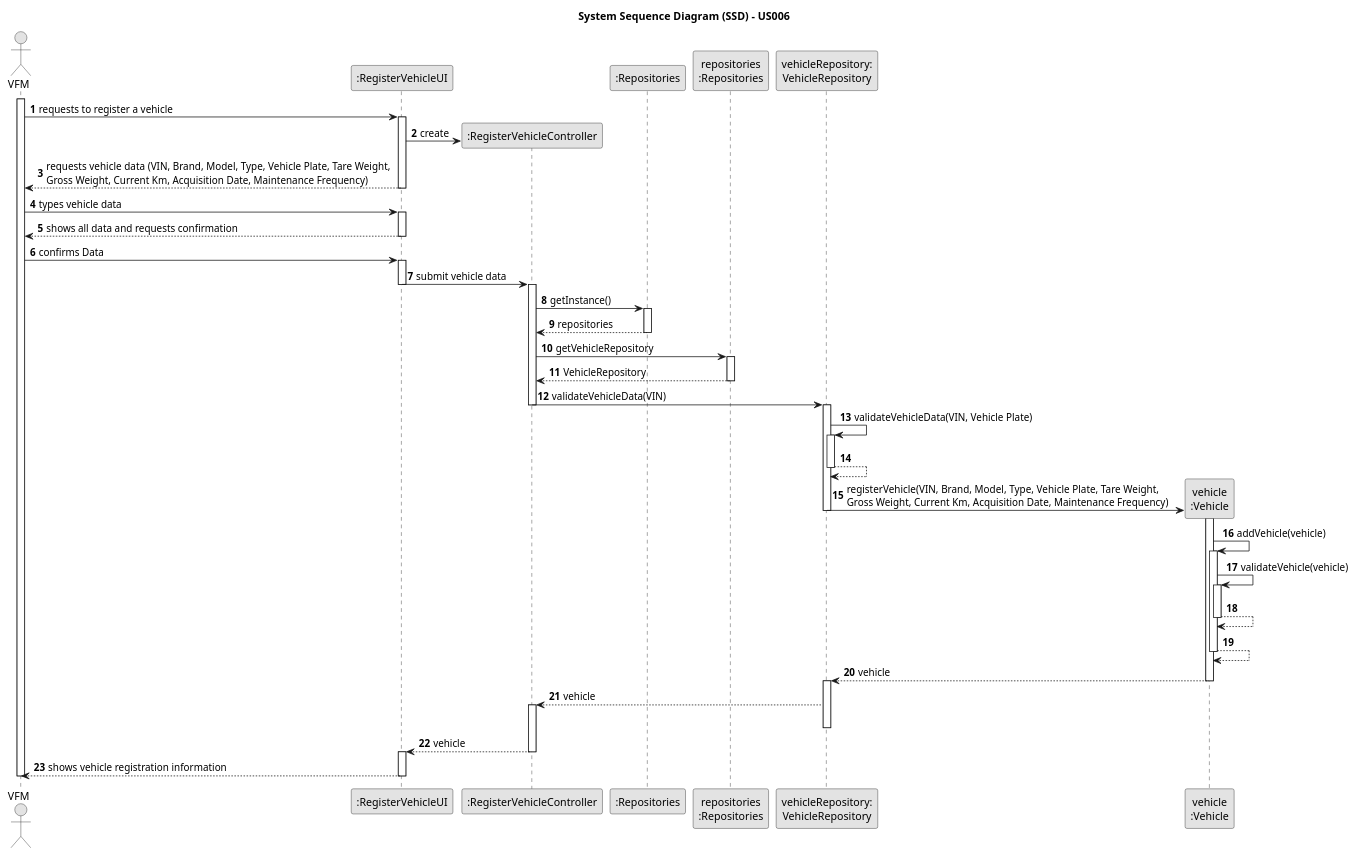
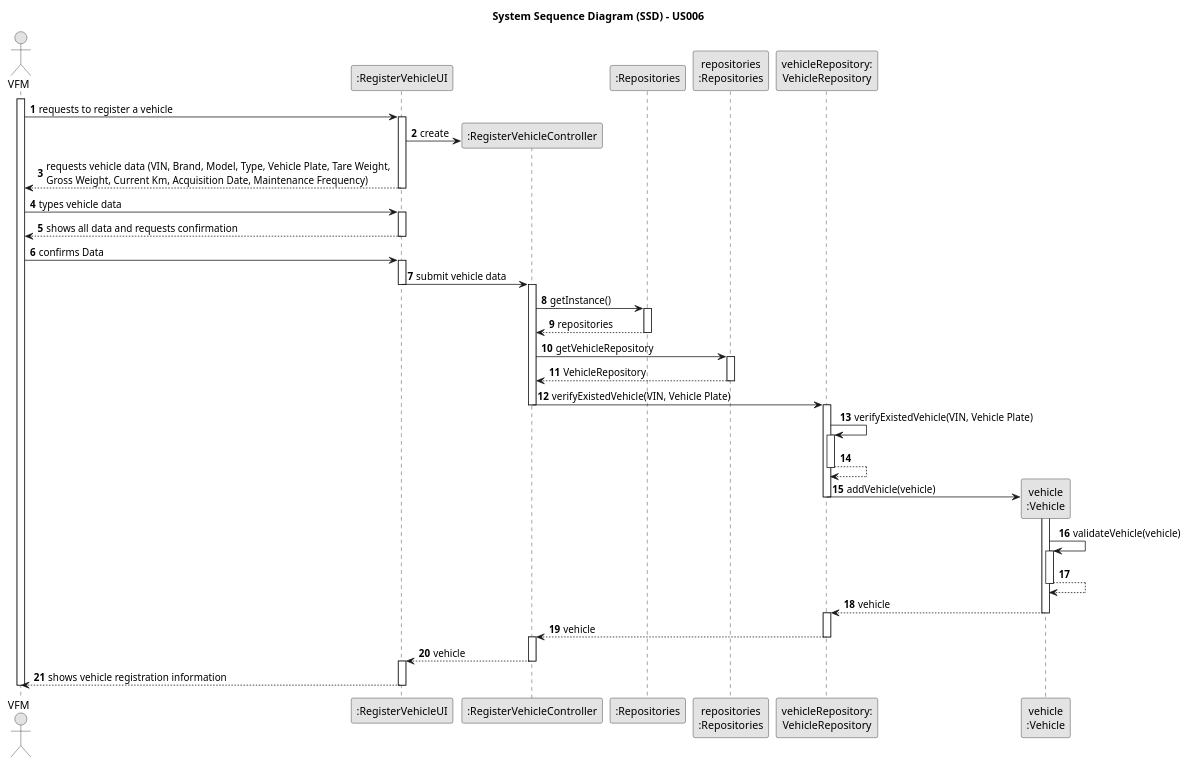
Before and after one commit to ricardomm7/leaflink: the diagram in docs/sprintB/us006/03.design/puml/us006-sequence-diagram-full.puml, drawn with PlantUML. The commit also changed 11 other files, not shown here.

Commit message:
LFC2-148<Update US006 Readme.md and Class Diagram> LFC2-88<Update SSD>

```diff
--- a/docs/sprintB/us006/03.design/puml/us006-sequence-diagram-full.puml
+++ b/docs/sprintB/us006/03.design/puml/us006-sequence-diagram-full.puml
@@ -1,99 +1,93 @@
 @startuml
 skinparam monochrome true
 skinparam packageStyle rectangle
 skinparam shadowing false
 
 title System Sequence Diagram (SSD) - US006
 
 autonumber
 
 actor "VFM" as VFM
 participant ":RegisterVehicleUI" as UI
 participant ":RegisterVehicleController" as CTRL
 participant ":Repositories" as RepositorySingleton
 participant "repositories\n:Repositories" as PLAT
 participant "vehicleRepository:\nVehicleRepository" as VehicleRepository
 participant "vehicle\n:Vehicle" as VEI
 
 activate VFM
 
     VFM -> UI : requests to register a vehicle
     activate UI
 
         UI -> CTRL** : create
 
         UI --> VFM : requests vehicle data (VIN, Brand, Model, Type, Vehicle Plate, Tare Weight, \nGross Weight, Current Km, Acquisition Date, Maintenance Frequency)
         deactivate UI
 
     VFM -> UI : types vehicle data
     activate UI
 
     UI --> VFM : shows all data and requests confirmation
     deactivate UI
 
     VFM -> UI: confirms Data
     activate UI
 
         UI -> CTRL : submit vehicle data
         deactivate UI
         activate CTRL
 
             CTRL -> RepositorySingleton: getInstance()
             activate RepositorySingleton
 
             RepositorySingleton --> CTRL: repositories
             deactivate RepositorySingleton
 
             CTRL -> PLAT: getVehicleRepository
             activate PLAT
 
             PLAT --> CTRL: VehicleRepository
             deactivate PLAT
 
-        CTRL -> VehicleRepository : validateVehicleData(VIN)
+        CTRL -> VehicleRepository : verifyExistedVehicle(VIN, Vehicle Plate)
         deactivate CTRL
 
             activate VehicleRepository
 
-            VehicleRepository -> VehicleRepository: validateVehicleData(VIN, Vehicle Plate)
+            VehicleRepository -> VehicleRepository: verifyExistedVehicle(VIN, Vehicle Plate)
             activate VehicleRepository
 
             VehicleRepository --> VehicleRepository
             deactivate VehicleRepository
 
 
-            VehicleRepository -> VEI **: registerVehicle(VIN, Brand, Model, Type, Vehicle Plate, Tare Weight, \nGross Weight, Current Km, Acquisition Date, Maintenance Frequency)
+            VehicleRepository -> VEI **: addVehicle(vehicle)
         deactivate VehicleRepository
-            activate VEI
-
-            VEI -> VEI: addVehicle(vehicle)
             activate VEI
 
             VEI -> VEI: validateVehicle(vehicle)
             activate VEI
-
-            VEI --> VEI
-            deactivate VEI
 
             VEI --> VEI
             deactivate VEI
 
             VEI --> VehicleRepository: vehicle
             deactivate VEI
             activate VehicleRepository
 
             VehicleRepository --> CTRL: vehicle
+            deactivate VehicleRepository
             activate CTRL
-            deactivate VehicleRepository
 
 
             CTRL --> UI : vehicle
             deactivate CTRL
             activate UI
 
     UI --> VFM : shows vehicle registration information
     deactivate UI
 
 deactivate VFM
 
 @enduml
```
